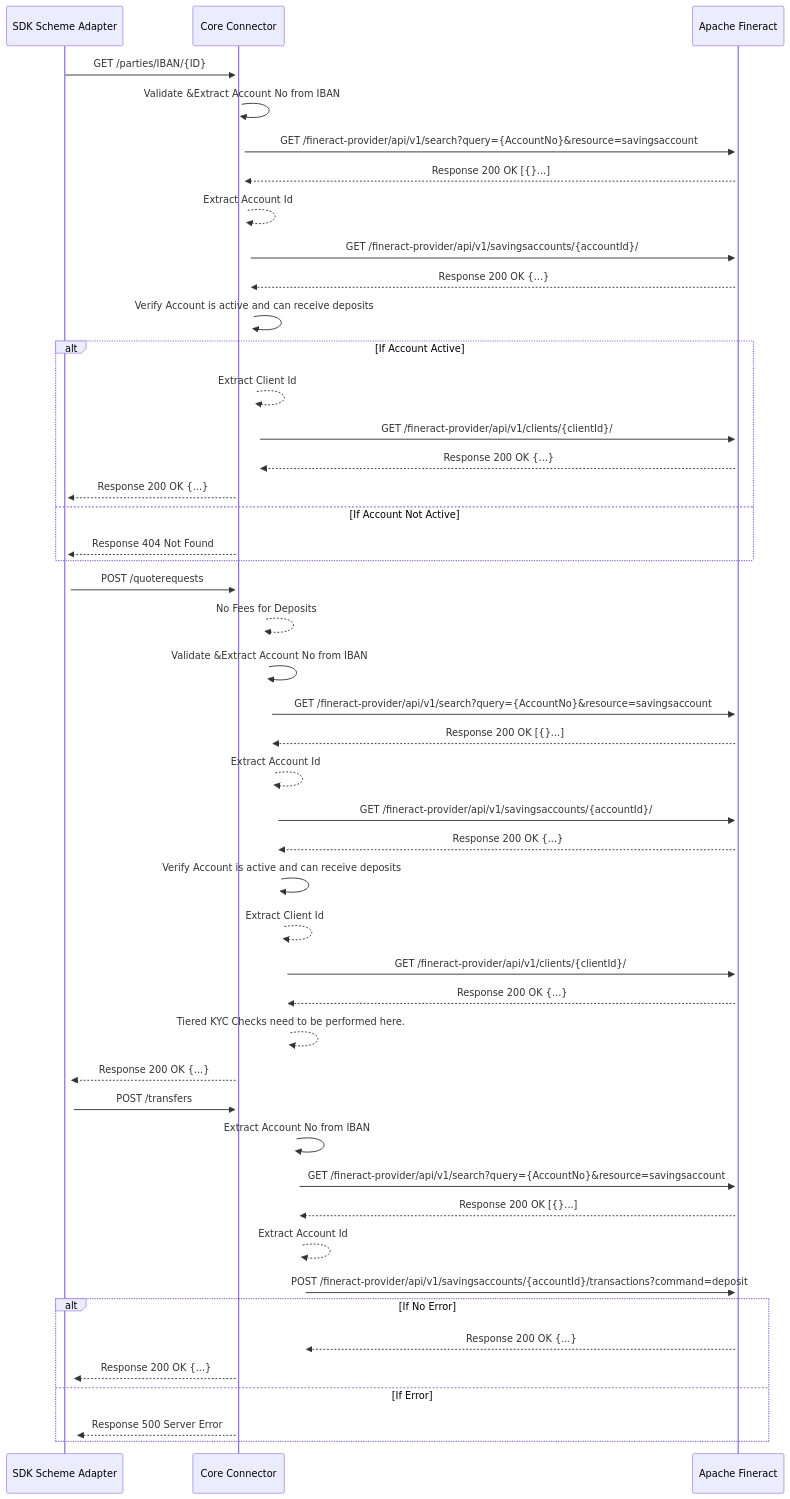
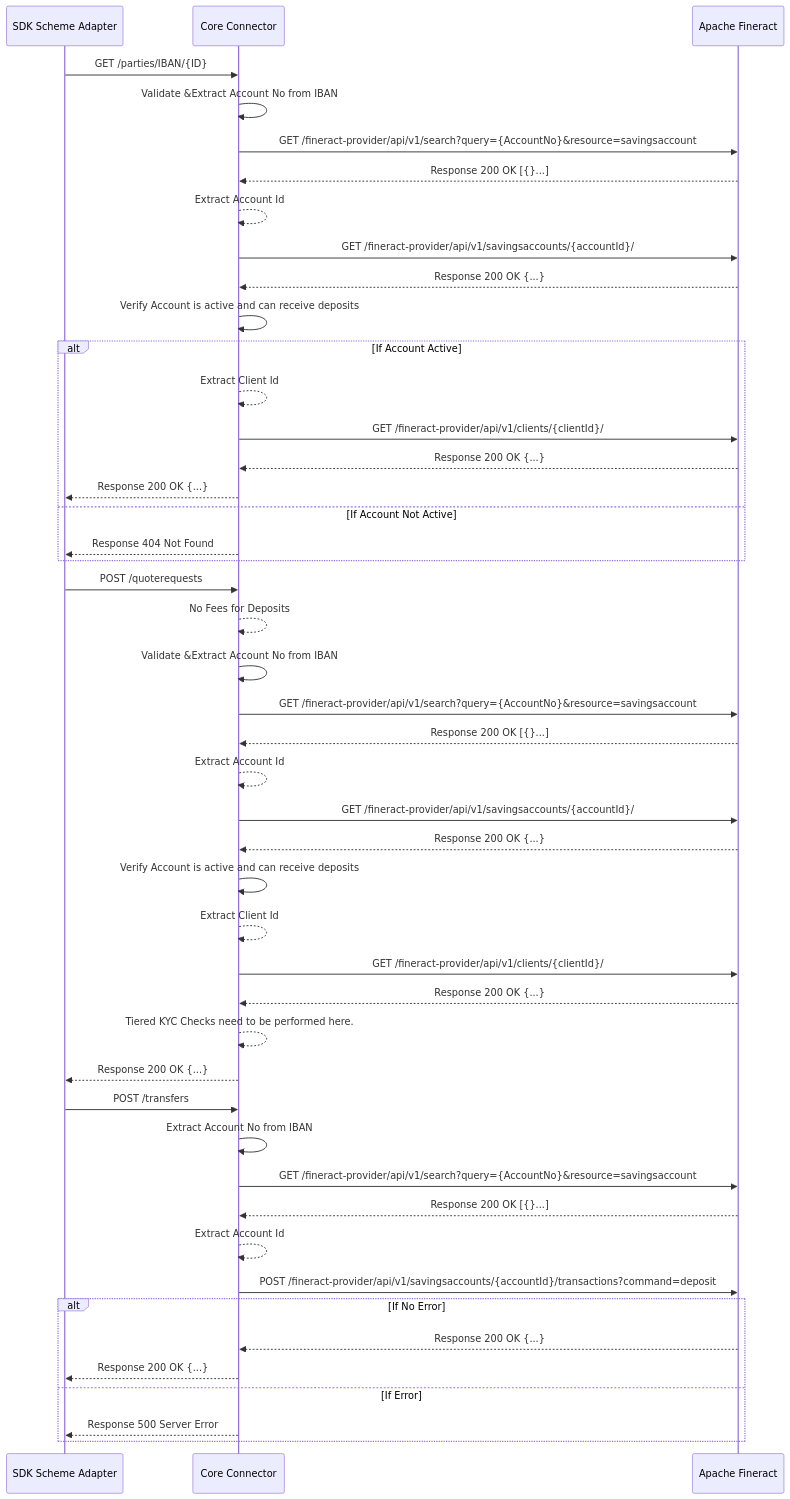
One commit to mojaloop/mifos-core-connector-docs changed the first of 2 diagrams in README.md. Above: the diagram before and after it, drawn with Mermaid. The commit also changed other lines of this file, not shown here.

Commit message:
fix estetics

````diff
--- a/README.md
+++ b/README.md
@@ -74,45 +74,45 @@
 ```mermaid
 sequenceDiagram
-    SDK Scheme Adapter->>+Core Connector: GET /parties/IBAN/{ID}
-    Core Connector->>+Core Connector: Validate &Extract Account No from IBAN
-    Core Connector->>+Apache Fineract: GET /fineract-provider/api/v1/search?query={AccountNo}&resource=savingsaccount
-    Apache Fineract-->>+Core Connector: Response 200 OK [{}...]
-    Core Connector-->>+Core Connector: Extract Account Id
-    Core Connector->>+Apache Fineract: GET /fineract-provider/api/v1/savingsaccounts/{accountId}/
-    Apache Fineract-->>+Core Connector: Response 200 OK {...}
-    Core Connector->>+Core Connector: Verify Account is active and can receive deposits
+    SDK Scheme Adapter->>Core Connector: GET /parties/IBAN/{ID}
+    Core Connector->>Core Connector: Validate &Extract Account No from IBAN
+    Core Connector->>Apache Fineract: GET /fineract-provider/api/v1/search?query={AccountNo}&resource=savingsaccount
+    Apache Fineract-->>Core Connector: Response 200 OK [{}...]
+    Core Connector-->>Core Connector: Extract Account Id
+    Core Connector->>Apache Fineract: GET /fineract-provider/api/v1/savingsaccounts/{accountId}/
+    Apache Fineract-->>Core Connector: Response 200 OK {...}
+    Core Connector->>Core Connector: Verify Account is active and can receive deposits
     Alt If Account Active
-    Core Connector-->>+Core Connector: Extract Client Id
-    Core Connector->>+Apache Fineract: GET /fineract-provider/api/v1/clients/{clientId}/
-    Apache Fineract-->>+Core Connector: Response 200 OK {...}
-    Core Connector-->>+SDK Scheme Adapter: Response 200 OK {...}
+    Core Connector-->>Core Connector: Extract Client Id
+    Core Connector->>Apache Fineract: GET /fineract-provider/api/v1/clients/{clientId}/
+    Apache Fineract-->>Core Connector: Response 200 OK {...}
+    Core Connector-->>SDK Scheme Adapter: Response 200 OK {...}
     Else If Account Not Active
-    Core Connector-->>+SDK Scheme Adapter: Response 404 Not Found
+    Core Connector-->>SDK Scheme Adapter: Response 404 Not Found
     End
-    SDK Scheme Adapter->>+Core Connector: POST /quoterequests
-    Core Connector-->>+Core Connector: No Fees for Deposits
-    Core Connector->>+Core Connector: Validate &Extract Account No from IBAN
-    Core Connector->>+Apache Fineract: GET /fineract-provider/api/v1/search?query={AccountNo}&resource=savingsaccount
-    Apache Fineract-->>+Core Connector: Response 200 OK [{}...]
-    Core Connector-->>+Core Connector: Extract Account Id
-    Core Connector->>+Apache Fineract: GET /fineract-provider/api/v1/savingsaccounts/{accountId}/
-    Apache Fineract-->>+Core Connector: Response 200 OK {...}
-    Core Connector->>+Core Connector: Verify Account is active and can receive deposits
-    Core Connector-->>+Core Connector: Extract Client Id
-    Core Connector->>+Apache Fineract: GET /fineract-provider/api/v1/clients/{clientId}/
-    Apache Fineract-->>+Core Connector: Response 200 OK {...}
-    Core Connector-->>+Core Connector: Tiered KYC Checks need to be performed here.
-    Core Connector-->>+SDK Scheme Adapter: Response 200 OK {...}
-    SDK Scheme Adapter->>+Core Connector: POST /transfers
-    Core Connector->>+Core Connector: Extract Account No from IBAN
-    Core Connector->>+Apache Fineract: GET /fineract-provider/api/v1/search?query={AccountNo}&resource=savingsaccount
-    Apache Fineract-->>+Core Connector: Response 200 OK [{}...]
-    Core Connector-->>+Core Connector: Extract Account Id
-    Core Connector->>+Apache Fineract: POST /fineract-provider/api/v1/savingsaccounts/{accountId}/transactions?command=deposit
+    SDK Scheme Adapter->>Core Connector: POST /quoterequests
+    Core Connector-->>Core Connector: No Fees for Deposits
+    Core Connector->>Core Connector: Validate &Extract Account No from IBAN
+    Core Connector->>Apache Fineract: GET /fineract-provider/api/v1/search?query={AccountNo}&resource=savingsaccount
+    Apache Fineract-->>Core Connector: Response 200 OK [{}...]
+    Core Connector-->>Core Connector: Extract Account Id
+    Core Connector->>Apache Fineract: GET /fineract-provider/api/v1/savingsaccounts/{accountId}/
+    Apache Fineract-->>Core Connector: Response 200 OK {...}
+    Core Connector->>Core Connector: Verify Account is active and can receive deposits
+    Core Connector-->>Core Connector: Extract Client Id
+    Core Connector->>Apache Fineract: GET /fineract-provider/api/v1/clients/{clientId}/
+    Apache Fineract-->>Core Connector: Response 200 OK {...}
+    Core Connector-->>Core Connector: Tiered KYC Checks need to be performed here.
+    Core Connector-->>SDK Scheme Adapter: Response 200 OK {...}
+    SDK Scheme Adapter->>Core Connector: POST /transfers
+    Core Connector->>Core Connector: Extract Account No from IBAN
+    Core Connector->>Apache Fineract: GET /fineract-provider/api/v1/search?query={AccountNo}&resource=savingsaccount
+    Apache Fineract-->>Core Connector: Response 200 OK [{}...]
+    Core Connector-->>Core Connector: Extract Account Id
+    Core Connector->>Apache Fineract: POST /fineract-provider/api/v1/savingsaccounts/{accountId}/transactions?command=deposit
     Alt If No Error
-    Apache Fineract-->>+Core Connector: Response 200 OK {...}
-    Core Connector-->>+SDK Scheme Adapter: Response 200 OK {...}
+    Apache Fineract-->>Core Connector: Response 200 OK {...}
+    Core Connector-->>SDK Scheme Adapter: Response 200 OK {...}
     Else If Error
-    Core Connector-->>+SDK Scheme Adapter: Response 500 Server Error
+    Core Connector-->>SDK Scheme Adapter: Response 500 Server Error
     End
 ```
````
